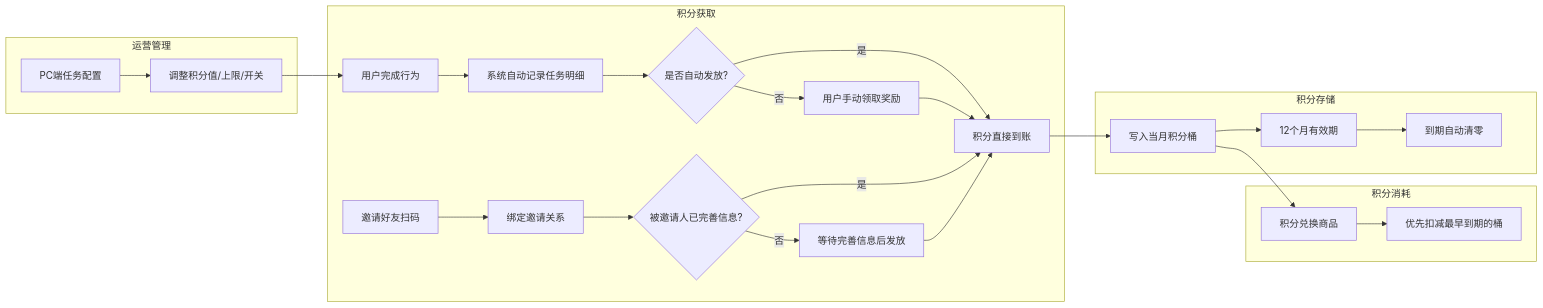
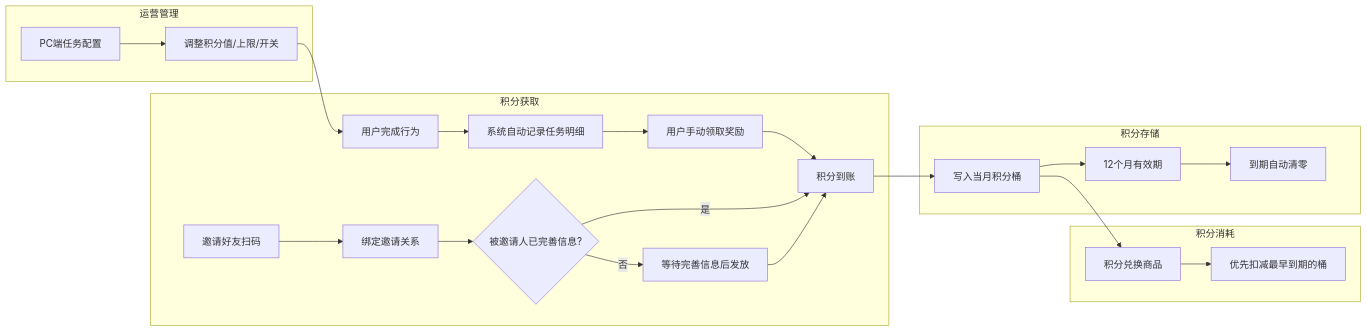
The diagram in 积分任务系统/v1.0/prd-task-center.md (Atlantix813/yunfanglin-prd), drawn with Mermaid before and after one commit. The commit also changed other lines of this file and 4 other files, not shown here.

````diff
--- a/积分任务系统/v1.0/prd-task-center.md
+++ b/积分任务系统/v1.0/prd-task-center.md
@@ -52,31 +53,29 @@
 ```mermaid
 flowchart LR
     subgraph 积分获取
         A[用户完成行为] --> B[系统自动记录任务明细]
-        B --> C{是否自动发放?}
-        C -- 是 --> D[积分直接到账]
-        C -- 否 --> E[用户手动领取奖励]
-        E --> D
+        B --> E[用户手动领取奖励]
+        E --> D[积分到账]
         F[邀请好友扫码] --> G[绑定邀请关系]
         G --> H{被邀请人已完善信息?}
         H -- 是 --> D
         H -- 否 --> I[等待完善信息后发放]
         I --> D
     end
 
     subgraph 积分存储
         D --> J[写入当月积分桶]
         J --> K[12个月有效期]
         K --> L[到期自动清零]
     end
 
     subgraph 积分消耗
         J --> M[积分兑换商品]
         M --> N[优先扣减最早到期的桶]
     end
 
     subgraph 运营管理
         O[PC端任务配置] --> P[调整积分值/上限/开关]
         P --> A
     end
 ```
````
